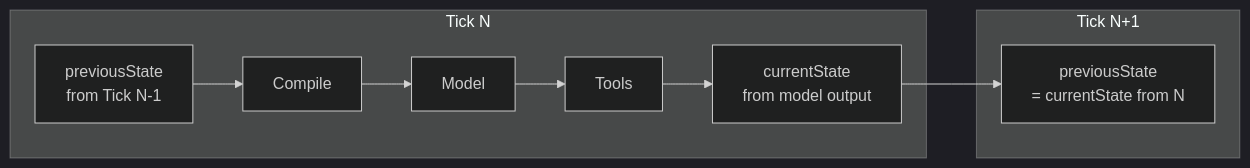
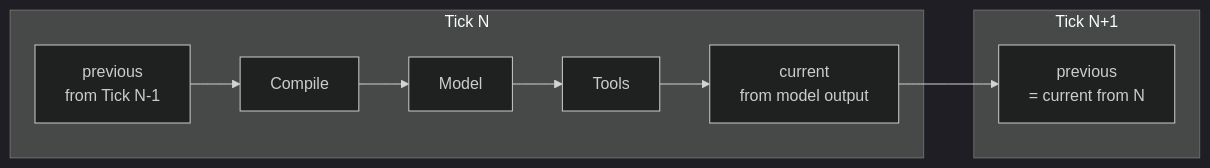
Before and after one commit to rlindgren/aidk: the third of 5 diagrams in packages/core/src/engine/ARCHITECTURE.md, drawn with Mermaid (dark theme). The commit also changed other lines of this file and 163 other files, not shown here.

````diff
--- a/packages/core/src/engine/ARCHITECTURE.md
+++ b/packages/core/src/engine/ARCHITECTURE.md
@@ -465,20 +465,20 @@
 ```mermaid
 graph LR
     subgraph "Tick N"
-        PS[previousState<br/>from Tick N-1]
+        PS[previous<br/>from Tick N-1]
         COMP[Compile]
         MODEL[Model]
         TOOLS[Tools]
-        CS[currentState<br/>from model output]
+        CS[current<br/>from model output]
     end
 
     subgraph "Tick N+1"
-        PS2[previousState<br/>= currentState from N]
+        PS2[previous<br/>= current from N]
     end
 
     PS --> COMP
     COMP --> MODEL
     MODEL --> TOOLS
     TOOLS --> CS
     CS --> PS2
 ```
````
